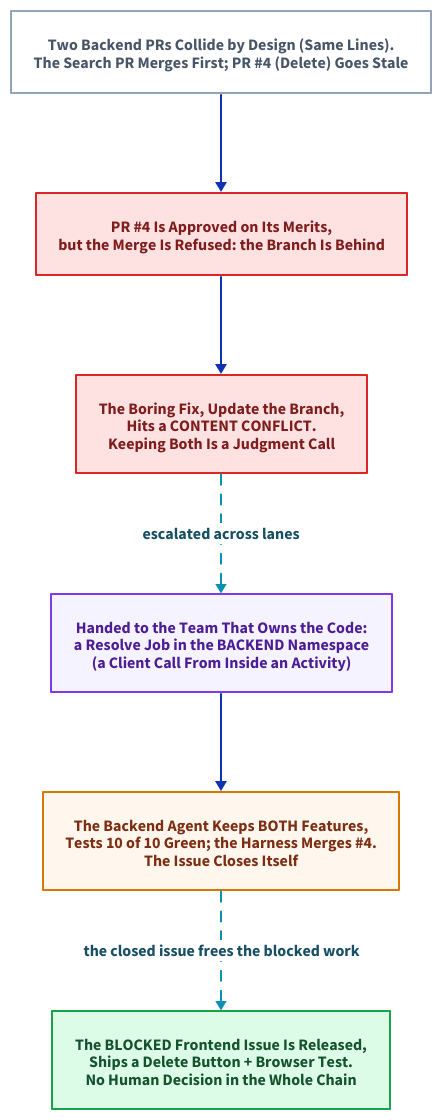
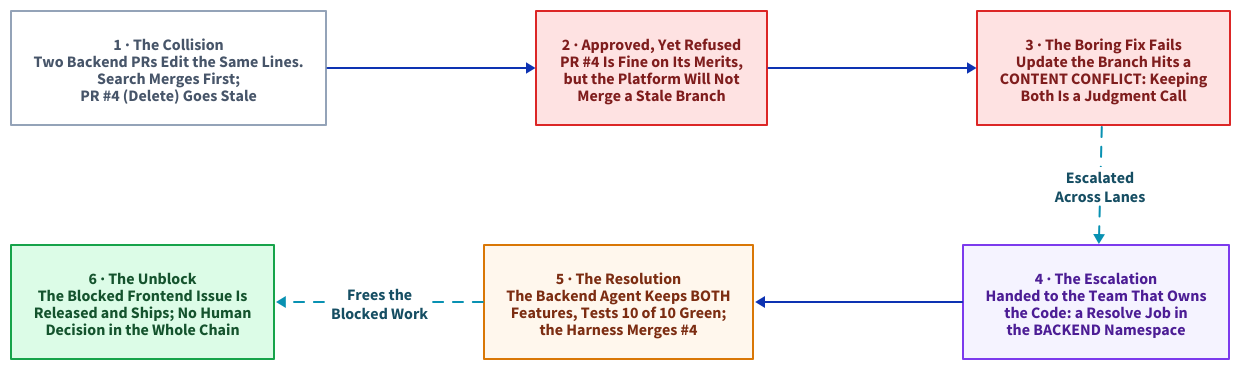
One commit to thumarrushik/crash-proof-team-of-coding-agents changed the diagram in assets/diagram-src/conflict-timeline.d2. Above: the diagram before and after it, drawn with D2. The commit also changed 11 other files, not shown here.

First line of the commit message:
Four flagship figures tightened per author review

```diff
--- a/assets/diagram-src/conflict-timeline.d2
+++ b/assets/diagram-src/conflict-timeline.d2
@@ -1,33 +1,41 @@
-# The PR #4 incident as a concrete vertical timeline: two backend PRs collide,
-# #4 goes stale, the update hits a content conflict, the review lane escalates
-# across lanes to the owning team, the agent keeps both and the harness merges,
-# and the blocked frontend is released. NEW for the flagship (2026-09-02): the
-# specific incident, distinct from issue-to-merge's generic loop.
-direction: down
-horizontal-gap: 110
-vertical-gap: 48
+# The PR #4 incident: two backend PRs collide, #4 goes stale, the update hits a
+# content conflict, the review lane escalates across lanes to the owning team,
+# the agent keeps both and the harness merges, and the blocked frontend ships.
+# NEW for the flagship (2026-09-02); distinct from issue-to-merge's generic loop.
+# Laid as a clockwise 3x2 U (top row L->R, drop on the right, bottom row R->L),
+# same as issue-to-merge, so the fixed-width export stays short: the earlier
+# single-column chain rendered 1600x3761 and dwarfed the article column.
+# grid-rows:2 fills row-major, so the bottom row is DECLARED reversed
+# (unblock, resolve, escalate) to put escalate under conflict for a clean drop.
+grid-rows: 2
+horizontal-gap: 210
+vertical-gap: 120
 
-collide: "Two Backend PRs Collide by Design (Same Lines).\nThe Search PR Merges First; PR #4 (Delete) Goes Stale" {
+collide: "1 · The Collision\nTwo Backend PRs Edit the Same Lines.\nSearch Merges First;\nPR #4 (Delete) Goes Stale" {
   style: {fill: "#ffffff"; stroke: "#94a3b8"; font-color: "#475569"; bold: true}
 }
-refused: "PR #4 Is Approved on Its Merits,\nbut the Merge Is Refused: the Branch Is Behind" {
+refused: "2 · Approved, Yet Refused\nPR #4 Is Fine on Its Merits,\nbut the Platform Will Not\nMerge a Stale Branch" {
   style: {fill: "#fee2e2"; stroke: "#dc2626"; font-color: "#7f1d1d"; bold: true}
 }
-conflict: "The Boring Fix, Update the Branch,\nHits a CONTENT CONFLICT.\nKeeping Both Is a Judgment Call" {
+conflict: "3 · The Boring Fix Fails\nUpdate the Branch Hits a\nCONTENT CONFLICT: Keeping\nBoth Is a Judgment Call" {
   style: {fill: "#fee2e2"; stroke: "#dc2626"; font-color: "#7f1d1d"; bold: true}
 }
-escalate: "Handed to the Team That Owns the Code:\na Resolve Job in the BACKEND Namespace\n(a Client Call From Inside an Activity)" {
-  style: {fill: "#f5f3ff"; stroke: "#7c3aed"; font-color: "#4c1d95"; bold: true}
+unblock: "6 · The Unblock\nThe Blocked Frontend Issue Is\nReleased and Ships; No Human\nDecision in the Whole Chain" {
+  style: {fill: "#dcfce7"; stroke: "#16a34a"; font-color: "#14532d"; bold: true}
 }
-resolve: "The Backend Agent Keeps BOTH Features,\nTests 10 of 10 Green; the Harness Merges #4.\nThe Issue Closes Itself" {
+resolve: "5 · The Resolution\nThe Backend Agent Keeps BOTH\nFeatures, Tests 10 of 10 Green;\nthe Harness Merges #4" {
   style: {fill: "#fff7ed"; stroke: "#d97706"; font-color: "#7c2d12"; bold: true}
 }
-unblock: "The BLOCKED Frontend Issue Is Released,\nShips a Delete Button + Browser Test.\nNo Human Decision in the Whole Chain" {
-  style: {fill: "#dcfce7"; stroke: "#16a34a"; font-color: "#14532d"; bold: true}
+escalate: "4 · The Escalation\nHanded to the Team That Owns\nthe Code: a Resolve Job in\nthe BACKEND Namespace" {
+  style: {fill: "#f5f3ff"; stroke: "#7c3aed"; font-color: "#4c1d95"; bold: true}
 }
 
 collide -> refused
 refused -> conflict
-conflict -> escalate: "escalated across lanes" {style: {stroke-dash: 5; stroke: "#0891b2"; font-color: "#164e63"; bold: true}}
+conflict -> escalate: "Escalated\nAcross Lanes" {
+  style: {stroke-dash: 5; stroke: "#0891b2"; font-color: "#164e63"; bold: true}
+}
 escalate -> resolve
-resolve -> unblock: "the closed issue frees the blocked work" {style: {stroke-dash: 5; stroke: "#0891b2"; font-color: "#164e63"; bold: true}}
+resolve -> unblock: "Frees the\nBlocked Work" {
+  style: {stroke-dash: 5; stroke: "#0891b2"; font-color: "#164e63"; bold: true}
+}
```
